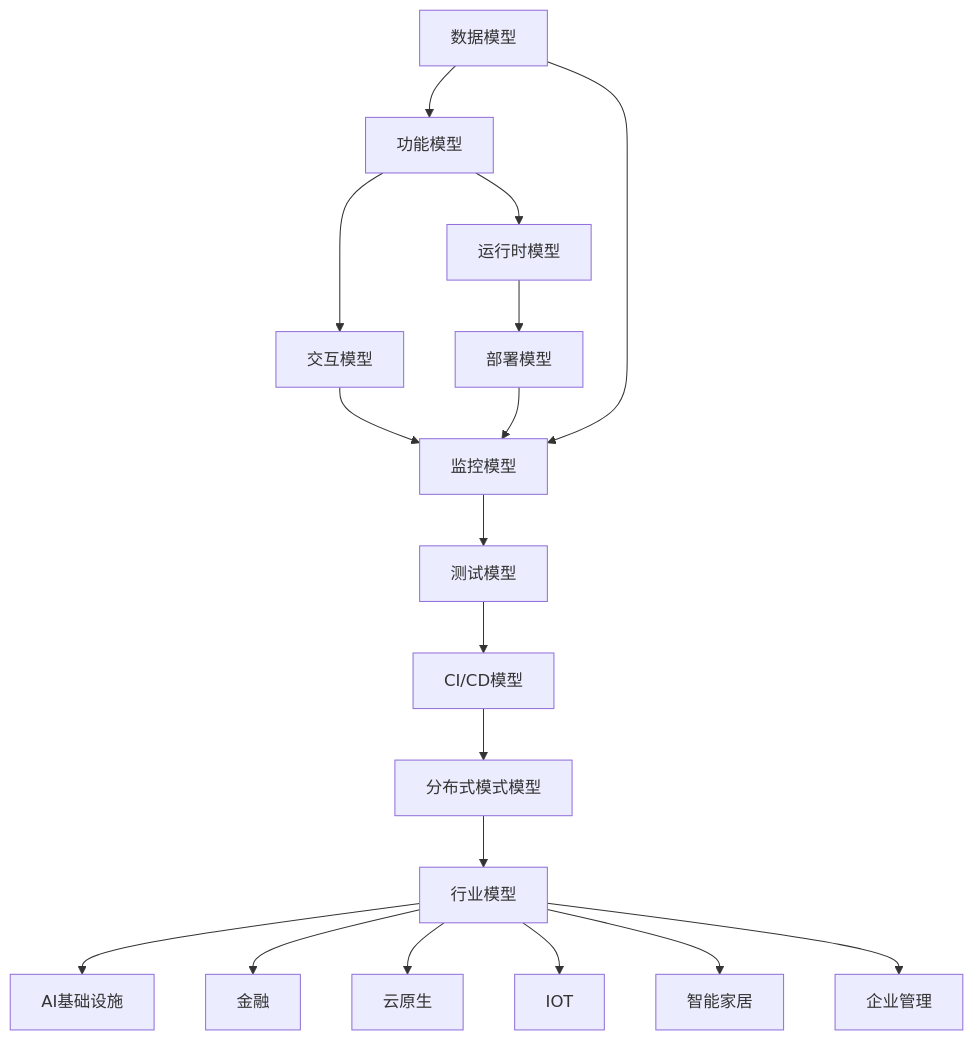
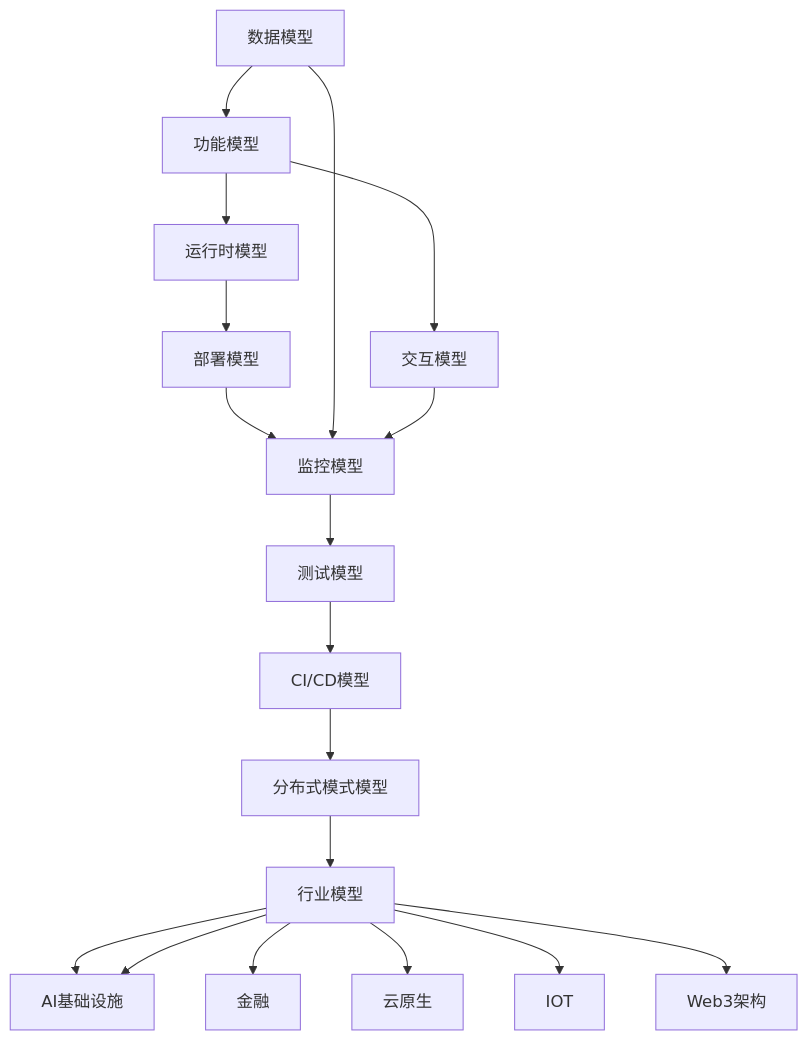
One commit to AdaMartin18010/formal-framework changed the first of 4 diagrams in docs/README.md. Above: the diagram before and after it, drawn with Mermaid. The commit also changed other lines of this file and 127 other files, not shown here.

````diff
--- a/docs/README.md
+++ b/docs/README.md
@@ -172,20 +172,20 @@
 ```mermaid
 graph TD
   数据模型 --> 功能模型
   功能模型 --> 交互模型
   功能模型 --> 运行时模型
   运行时模型 --> 部署模型
   部署模型 --> 监控模型
   监控模型 --> 测试模型
   测试模型 --> CI/CD模型
   CI/CD模型 --> 分布式模式模型
   数据模型 --> 监控模型
   交互模型 --> 监控模型
   分布式模式模型 --> 行业模型
   行业模型 --> AI基础设施
   行业模型 --> 金融
   行业模型 --> 云原生
   行业模型 --> IOT
-  行业模型 --> 智能家居
-  行业模型 --> 企业管理
+  行业模型 --> Web3架构
+行业模型 --> AI基础设施
 ```
````
